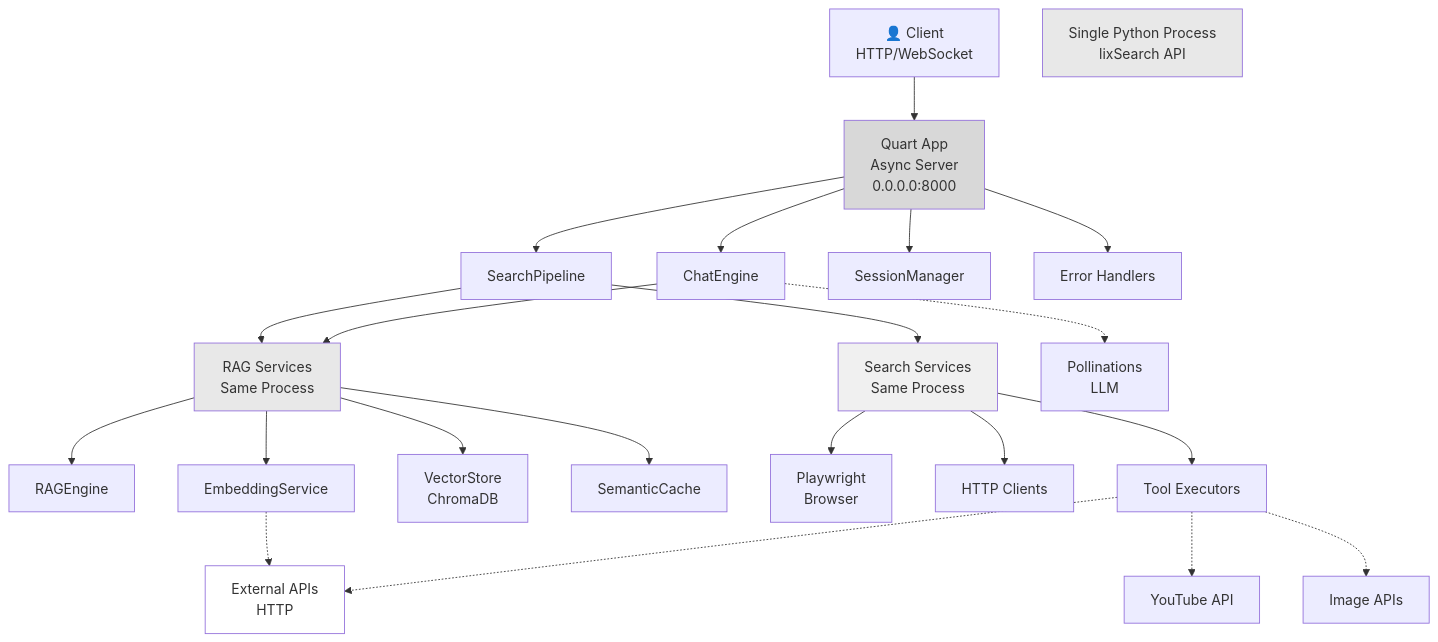
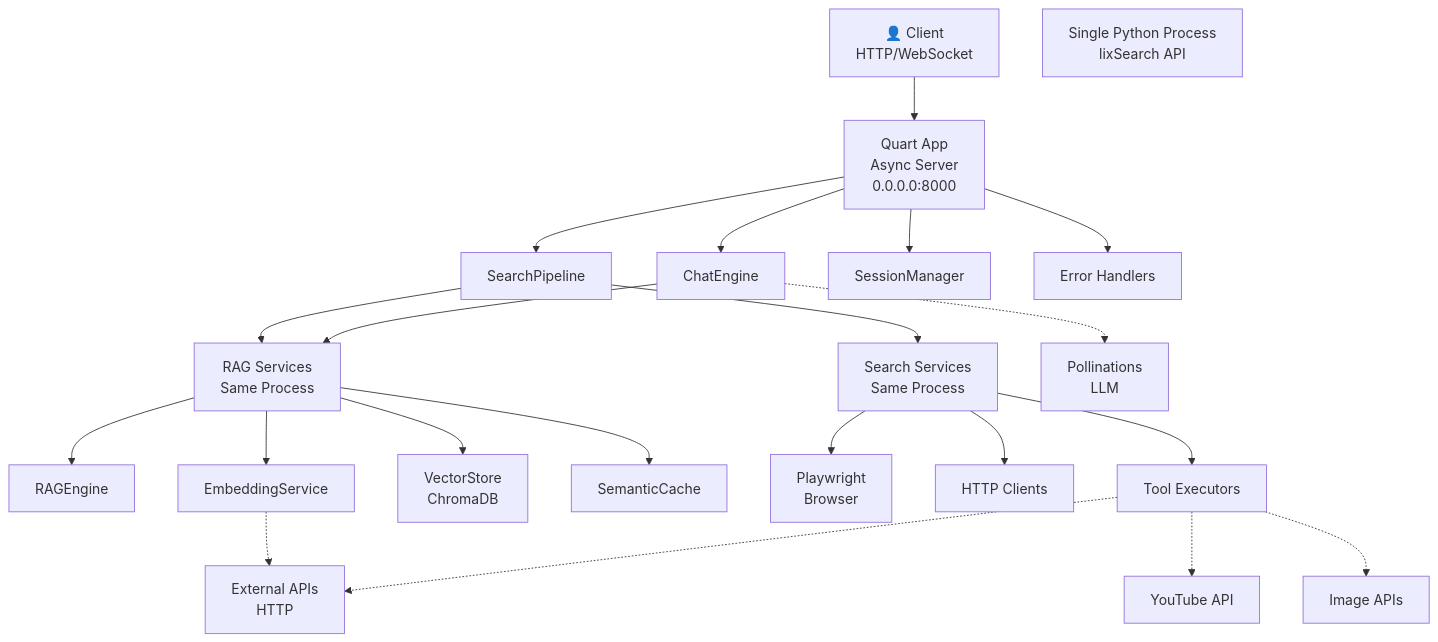
One commit to pollinations/lixSearch changed diagram 16 of 18 in DOCS/FULL_ARCHITECTURE.md. Above: the diagram before and after it, drawn with Mermaid. The commit also changed other lines of this file, not shown here.

Commit message:
feat: Enhance documentation with Node.js API services layer and service orchestration details

````diff
--- a/DOCS/FULL_ARCHITECTURE.md
+++ b/DOCS/FULL_ARCHITECTURE.md
@@ -1410,60 +1526,60 @@
 ```mermaid
 graph TB
     Client["👤 Client<br/>HTTP/WebSocket"]
     
     Process["Single Python Process<br/>lixSearch API"]
     
     QuartApp["Quart App<br/>Async Server<br/>0.0.0.0:8000"]
     SearchPipe["SearchPipeline"]
     ChatEng["ChatEngine"]
     SessionMgr["SessionManager"]
     ErrorHandler["Error Handlers"]
     
     RAGServices["RAG Services<br/>Same Process"]
     RAGEngine["RAGEngine"]
     EmbedService["EmbeddingService"]
     VectorStore["VectorStore<br/>ChromaDB"]
     SemanticCache["SemanticCache"]
     
     SearchServices["Search Services<br/>Same Process"]
     Playwright["Playwright<br/>Browser"]
     HTTPClients["HTTP Clients"]
     ToolExec["Tool Executors"]
     
     ExternalAPIs["External APIs<br/>HTTP"]
     Pollinations["Pollinations<br/>LLM"]
     YouTubeAPI["YouTube API"]
     ImageAPIs["Image APIs"]
     
     Client --> QuartApp
     
     QuartApp --> SearchPipe
     QuartApp --> ChatEng
     QuartApp --> SessionMgr
     QuartApp --> ErrorHandler
     
     SearchPipe --> RAGServices
     ChatEng --> RAGServices
     
     RAGServices --> RAGEngine
     RAGServices --> EmbedService
     RAGServices --> VectorStore
     RAGServices --> SemanticCache
     
     SearchPipe --> SearchServices
     SearchServices --> Playwright
     SearchServices --> HTTPClients
     SearchServices --> ToolExec
     
     EmbedService -.-> ExternalAPIs
     ToolExec -.-> ExternalAPIs
     ChatEng -.-> Pollinations
     ToolExec -.-> YouTubeAPI
     ToolExec -.-> ImageAPIs
     
-    style Process fill:#E8E8E8
-    style QuartApp fill:#D8D8D8
-    style RAGServices fill:#E8E8E8
-    style SearchServices fill:#F0F0F0
-    style ExternalAPIs fill:#FFFFFF
+    style Process fill:#000;color:#fff
+    style QuartApp fill:#000;color:#fff
+    style RAGServices fill:#000;color:#fff
+    style SearchServices fill:#000;color:#fff
+    style ExternalAPIs fill:#000;color:#fff
 ```
````
